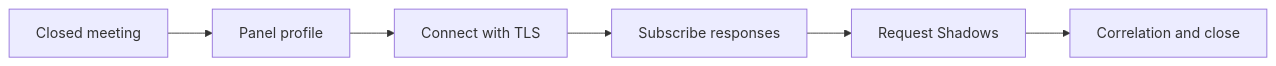
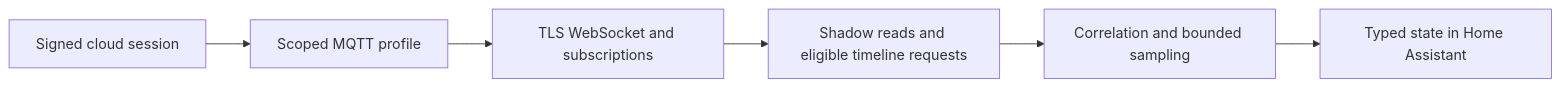
Before and after one commit to efraespada/ha-roomba-home: the diagram in specs/002-mqtt-state.md, drawn with Mermaid. The commit also changed other lines of this file and 13 other files, not shown here.

First line of the commit message:
Update the integration specifications and architecture (#183)

````diff
--- a/specs/002-mqtt-state.md
+++ b/specs/002-mqtt-state.md
@@ -64,8 +68,8 @@
 ```mermaid
 flowchart LR
-    A[Closed meeting] --> B[Panel profile]
-    B --> C[Connect with TLS]
-    C --> D[Subscribe responses]
-    D --> E[Request Shadows]
-    E --> F[Correlation and close]
+    A[Signed cloud session] --> B[Scoped MQTT profile]
+    B --> C[TLS WebSocket and subscriptions]
+    C --> D[Shadow reads and eligible timeline requests]
+    D --> E[Correlation and bounded sampling]
+    E --> F[Typed state in Home Assistant]
 ```
````
